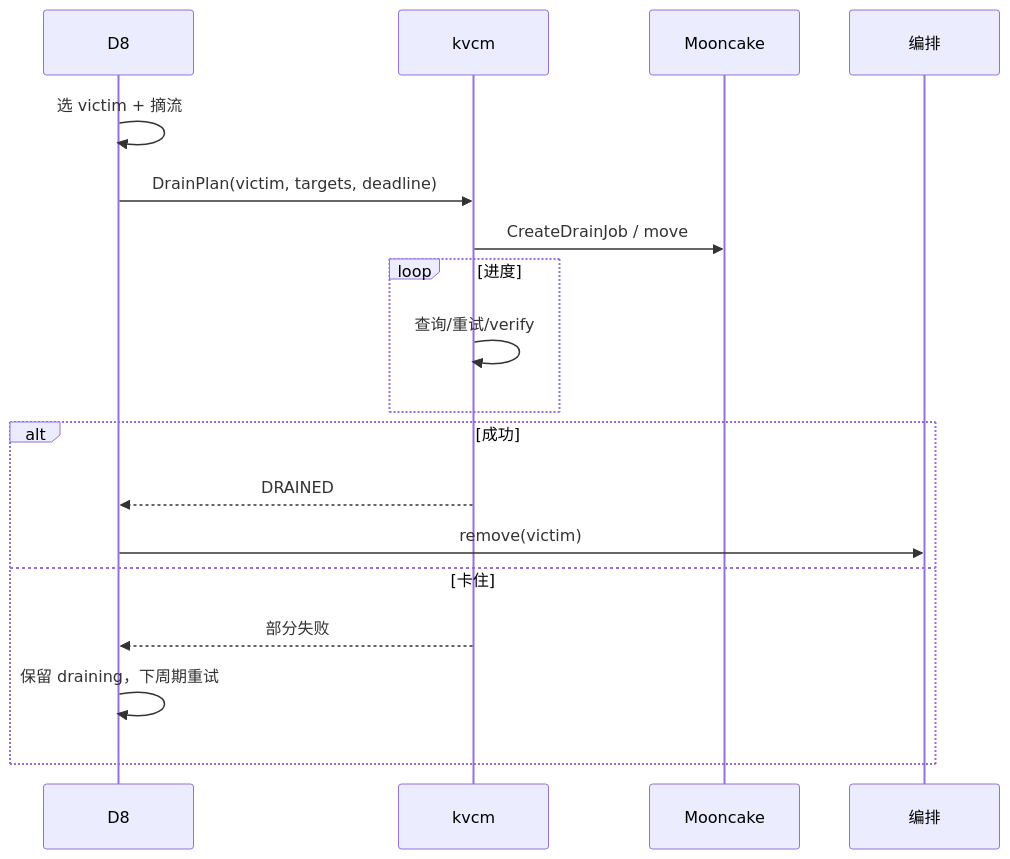
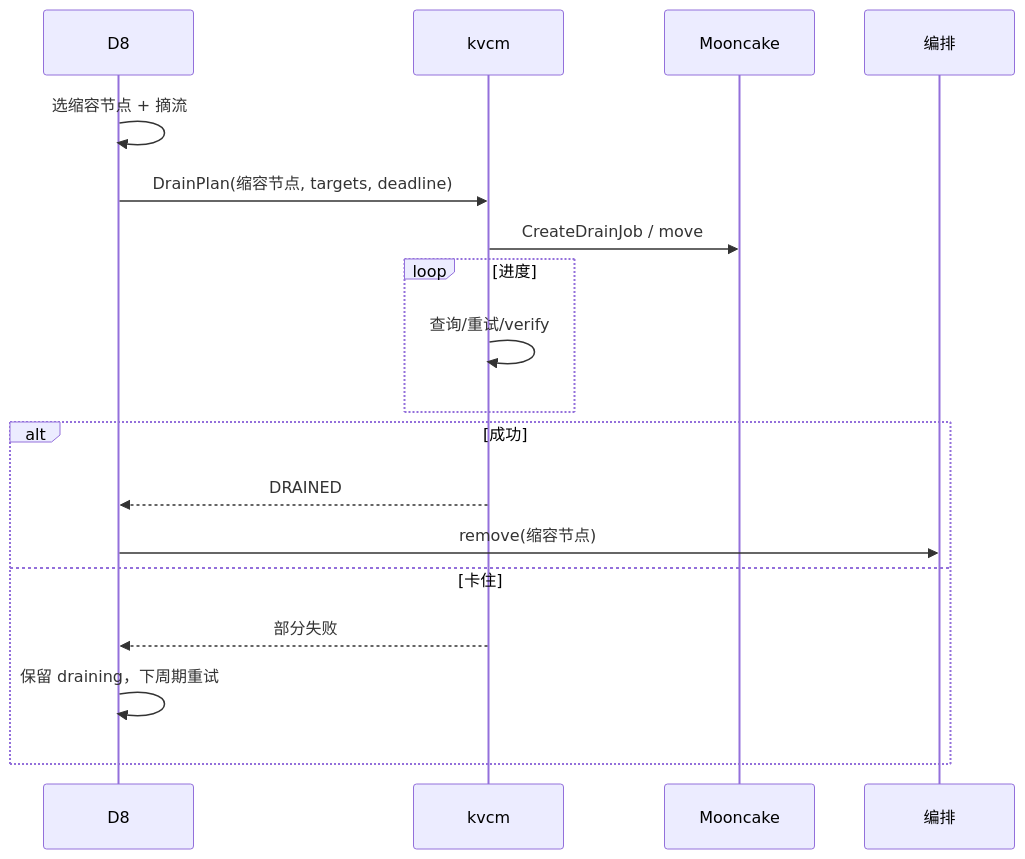
The fifth of 6 diagrams in kvcm/design/D9-kv-services.md (5x8-40/lake), drawn with Mermaid before and after one commit. The commit also changed other lines of this file and 4 other files, not shown here.

````diff
--- a/kvcm/design/D9-kv-services.md
+++ b/kvcm/design/D9-kv-services.md
@@ -228,21 +228,21 @@
 ```mermaid
 sequenceDiagram
     participant R as D8
     participant K as kvcm
     participant M as Mooncake
     participant O as 编排
 
-    R->>R: 选 victim + 摘流
-    R->>K: DrainPlan(victim, targets, deadline)
+    R->>R: 选缩容节点 + 摘流
+    R->>K: DrainPlan(缩容节点, targets, deadline)
     K->>M: CreateDrainJob / move
     loop 进度
         K->>K: 查询/重试/verify
     end
     alt 成功
         K-->>R: DRAINED
-        R->>O: remove(victim)
+        R->>O: remove(缩容节点)
     else 卡住
         K-->>R: 部分失败
         R->>R: 保留 draining，下周期重试
     end
 ```
````
